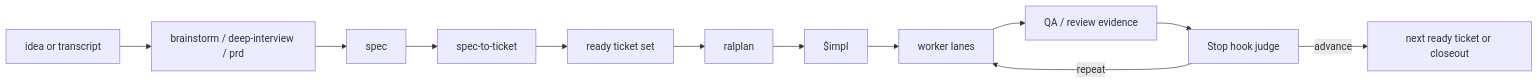
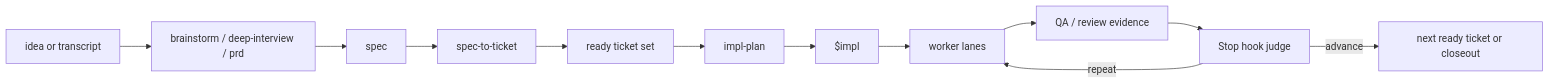
The first of 6 diagrams in README.md (ZanarkandTechnologies/Farplane), drawn with Mermaid before and after one commit. The commit also changed other lines of this file and 35 other files, not shown here.

Commit message:
feat(planning): collapse planner surfaces into impl-plan

````diff
--- a/README.md
+++ b/README.md
@@ -21,14 +22,14 @@
 ```mermaid
 flowchart LR
     A[idea or transcript] --> B[brainstorm / deep-interview / prd]
     B --> C[spec]
     C --> D[spec-to-ticket]
     D --> E[ready ticket set]
-    E --> F[ralplan]
+    E --> F[impl-plan]
     F --> G[$impl]
     G --> H[worker lanes]
     H --> I[QA / review evidence]
     I --> J[Stop hook judge]
     J -->|repeat| H
     J -->|advance| K[next ready ticket or closeout]
 ```
````
